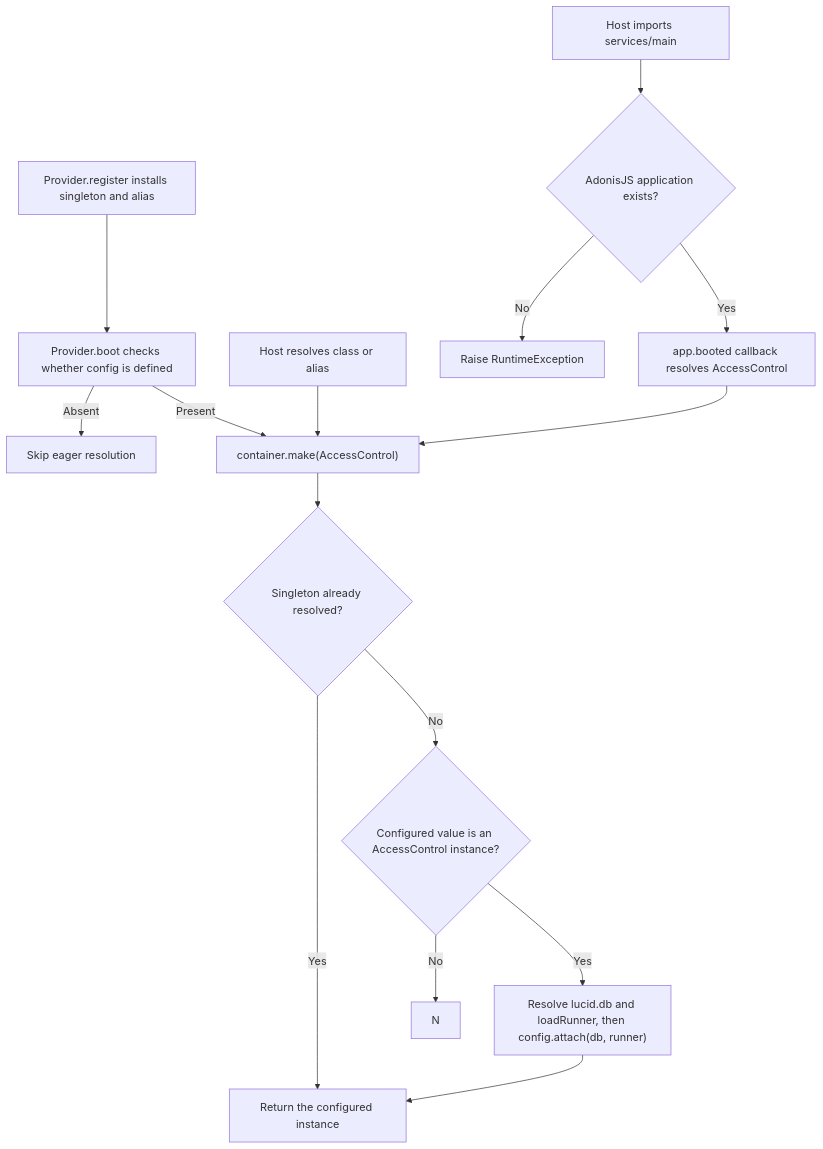
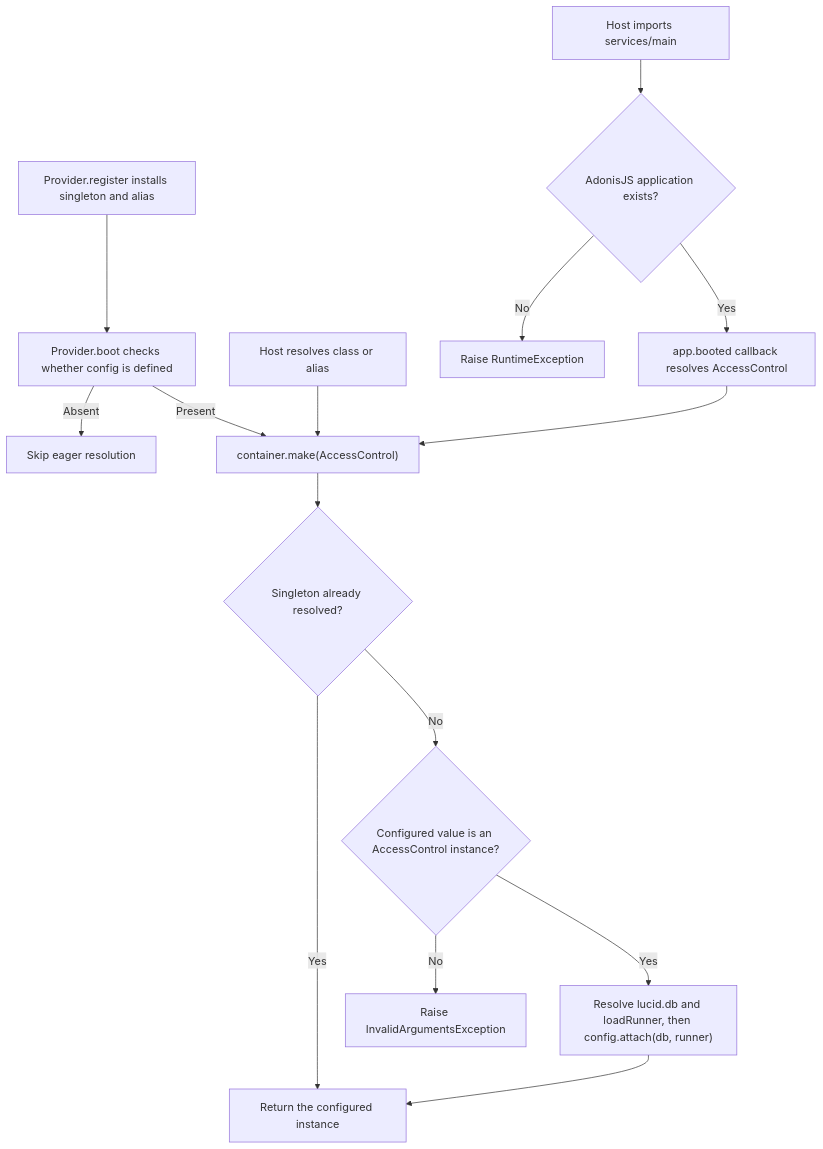
The second of 2 diagrams in user-stories/US-ACCESS-31-resolve-provider-service.md (Kevinjohn/oss-adonisjs-access-control), drawn with Mermaid before and after one commit. The commit also changed 1 other file, not shown here.

Commit message:
Clarify invitation and provider flow branches

````diff
--- a/user-stories/US-ACCESS-31-resolve-provider-service.md
+++ b/user-stories/US-ACCESS-31-resolve-provider-service.md
@@ -32,17 +32,17 @@
 ```mermaid
 flowchart TD
     A["Provider.register installs singleton and alias"] --> B["Provider.boot checks whether config is defined"]
     B -->|Absent| X["Skip eager resolution"]
     B -->|Present| C["container.make(AccessControl)"]
     D["Host resolves class or alias"] --> C
     S["Host imports services/main"] --> T{"AdonisJS application exists?"}
     T -->|No| Q["Raise RuntimeException"]
     T -->|Yes| U["app.booted callback resolves AccessControl"]
     U --> C
     C --> V{"Singleton already resolved?"}
     V -->|Yes| Y["Return the configured instance"]
     V -->|No| E{"Configured value is an AccessControl instance?"}
-    E -->|No| N
+    E -->|No| N["Raise InvalidArgumentsException"]
     E -->|Yes| F["Resolve lucid.db and loadRunner, then config.attach(db, runner)"]
     F --> Y
 ```
````
